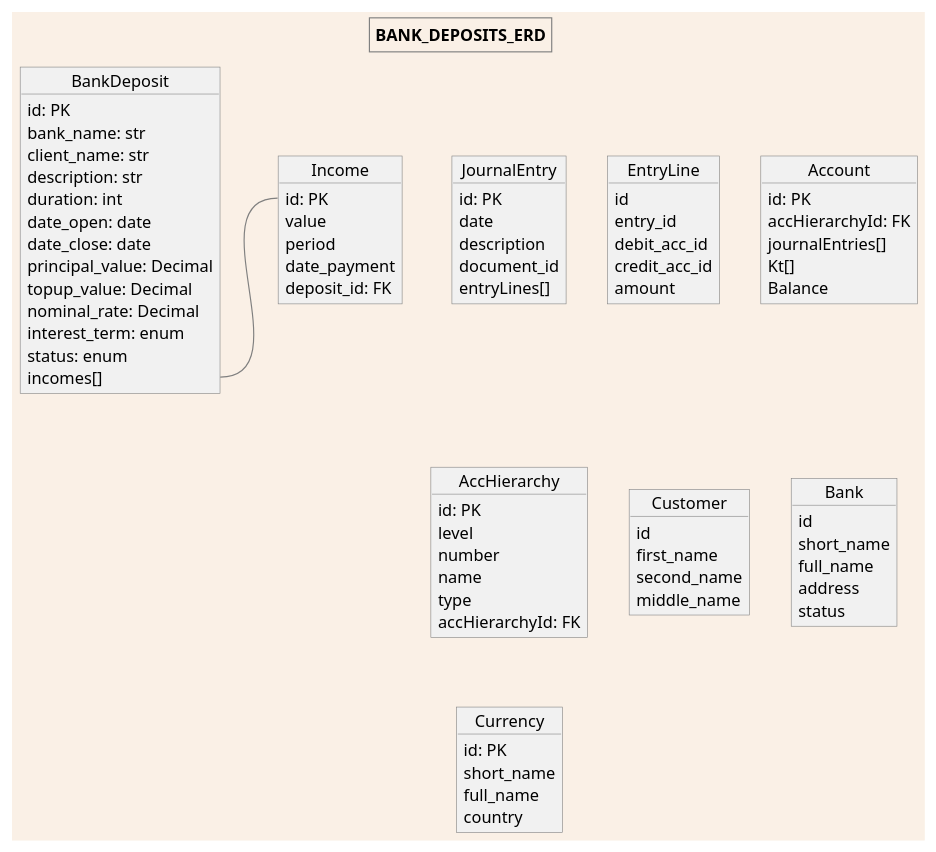
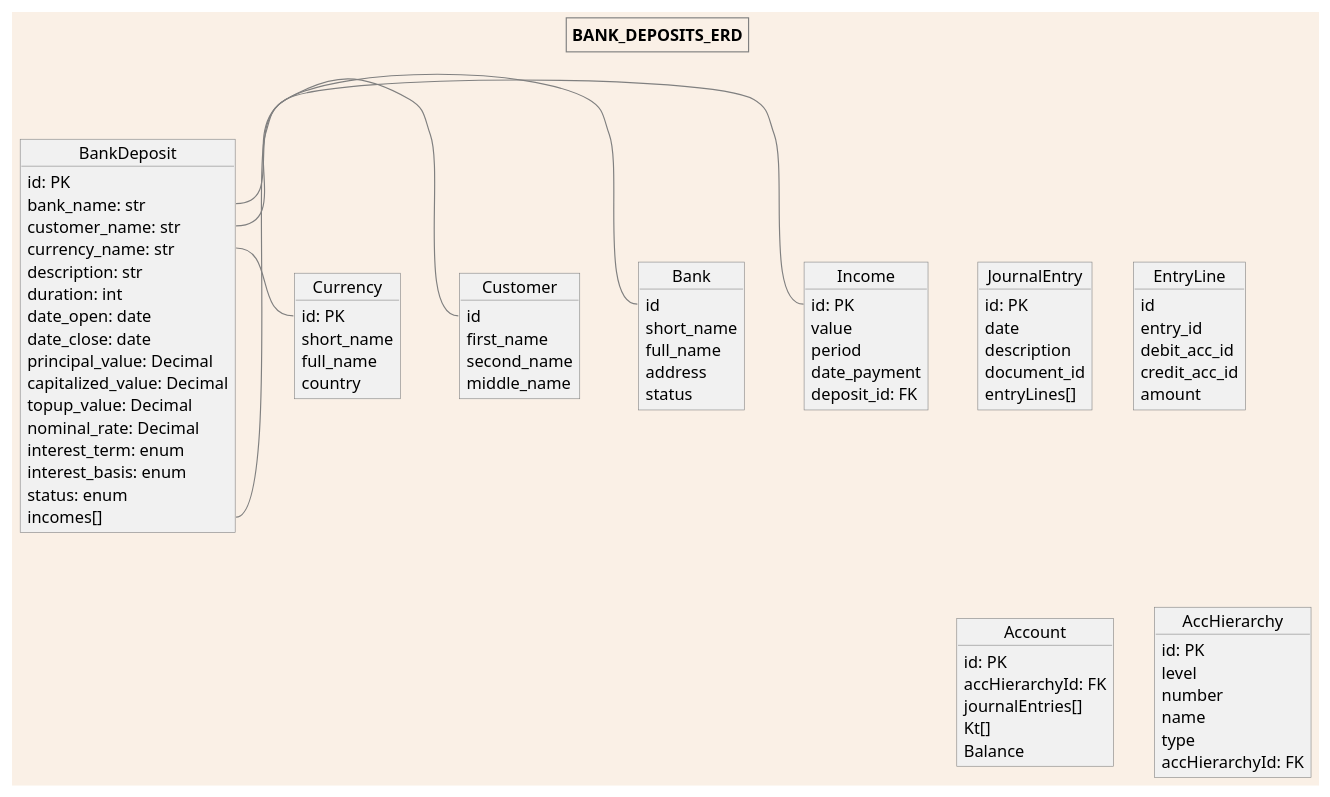
One commit to smdyan/depo24 changed the diagram in erd/deposits.puml. Above: the diagram before and after it, drawn with PlantUML. The commit also changed 10 other files, not shown here.

Commit message:
added capitalized, withdrawal to deposit

```diff
--- a/erd/deposits.puml
+++ b/erd/deposits.puml
@@ -1,98 +1,104 @@
 @startuml depo_erd
 'https://plantuml.com/object-diagram
 'Opt+D to Preview
 
 <style>
     document {
         BackGroundColor Linen
     }
     root {
         FontColor #?black:white
         LineColor gray
     }
 </style>
 
 title BANK_DEPOSITS_ERD
 
 object BankDeposit {
     id: PK
     bank_name: str
-    client_name: str
+    customer_name: str
+    currency_name: str
     description: str
     duration: int
     date_open: date
     date_close: date
     principal_value: Decimal
+    capitalized_value: Decimal
     topup_value: Decimal
     nominal_rate: Decimal
     interest_term: enum
+    interest_basis: enum
     status: enum
     incomes[]
 }
 
 object Income {
     id: PK
     value
     period
     date_payment
     deposit_id: FK
 }
 
 object JournalEntry {
     id: PK
     date
     description
     document_id
     entryLines[]
 }
 
 object EntryLine {
     id
     entry_id
     debit_acc_id
     credit_acc_id
     amount
 }
 
 object  Account {
     id: PK
     accHierarchyId: FK
     journalEntries[]
     Kt[]
     Balance
 }
 
 object AccHierarchy {
     id: PK
     level
     number
     name
     type
     accHierarchyId: FK
 }
 
 object Customer {
     id
     first_name
     second_name
     middle_name
 }
 
 object Bank {
     id
     short_name
     full_name
     address
     status
 }
 
 object Currency {
     id: PK
     short_name
     full_name
     country
 }
 
 BankDeposit::income - Income::id
+BankDeposit::bank_name - Bank::id
+BankDeposit::customer_name - Customer::id
+BankDeposit::currency_name - Currency::id
 
 @enduml
```
